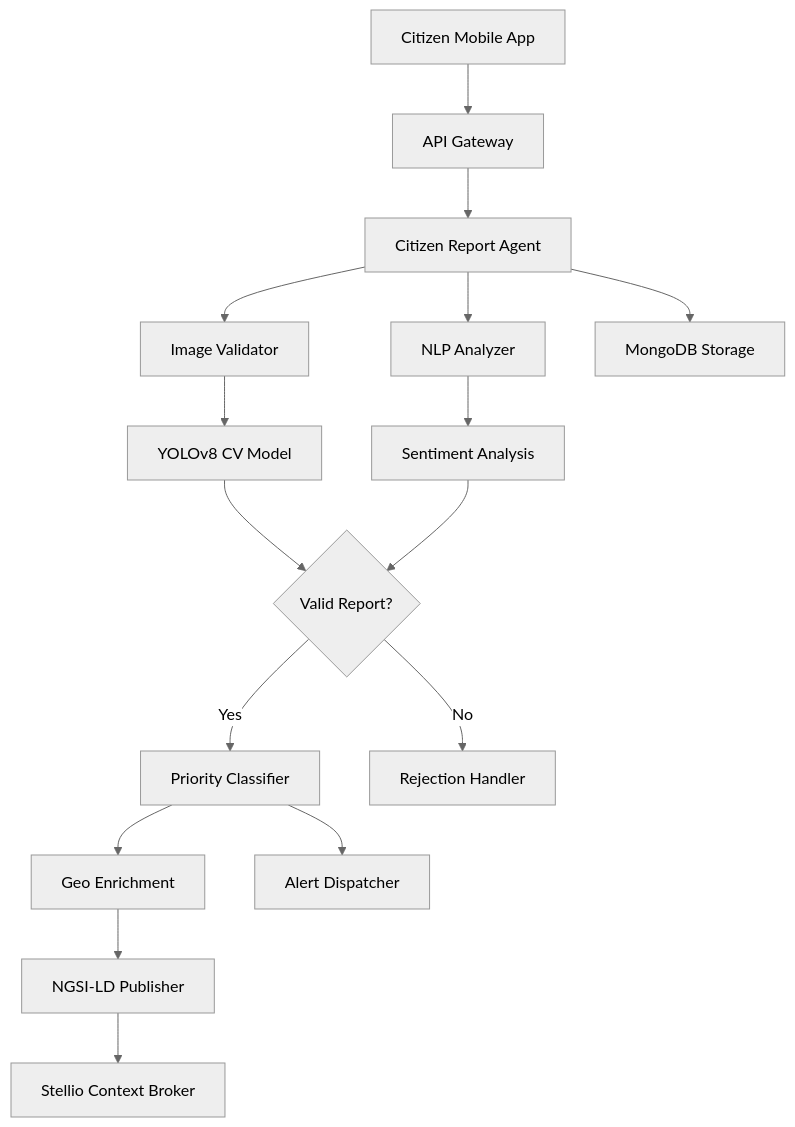
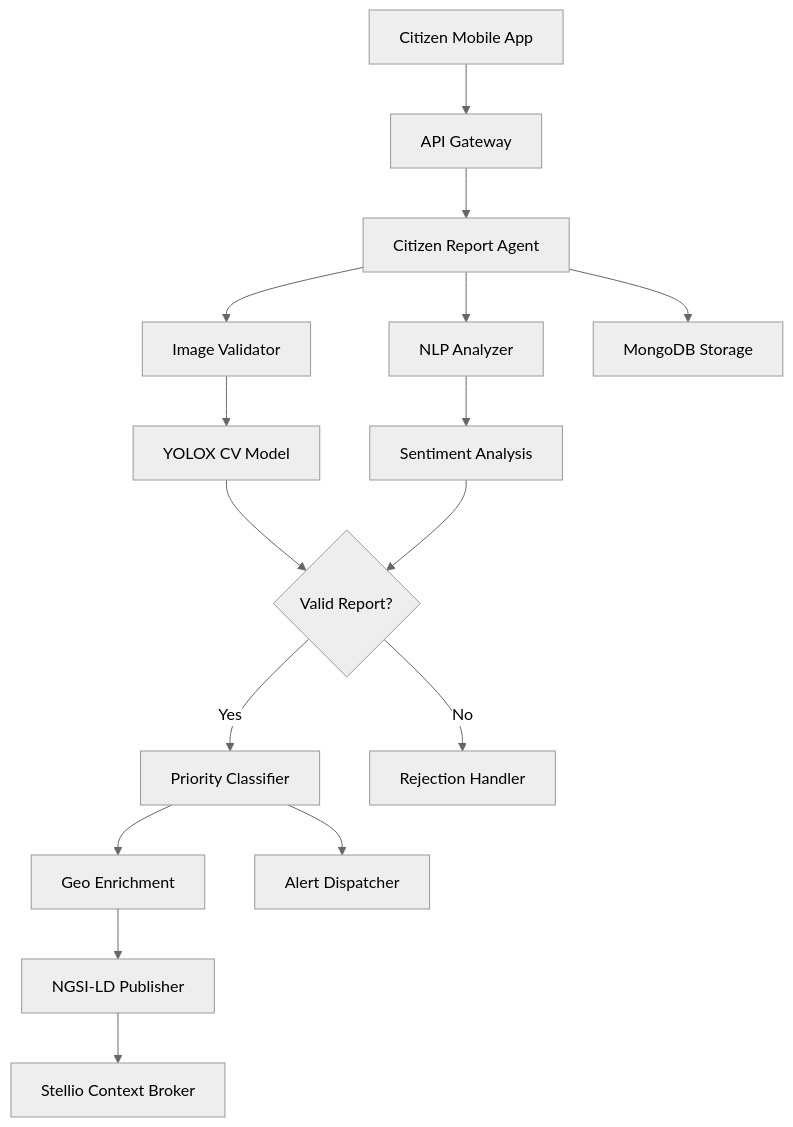
The diagram in apps/traffic-web-app/frontend/docs/docs/agents/analytics/citizen-report.md (NguyenNhatquang522004/UIP-Urban_Intelligence_Platform), drawn with Mermaid (neutral theme) before and after one commit. The commit also changed other lines of this file and 62 other files, not shown here.

````diff
--- a/apps/traffic-web-app/frontend/docs/docs/agents/analytics/citizen-report.md
+++ b/apps/traffic-web-app/frontend/docs/docs/agents/analytics/citizen-report.md
@@ -18,18 +18,18 @@
 ```mermaid
 graph TB
     A[Citizen Mobile App] --> B[API Gateway]
     B --> C[Citizen Report Agent]
     C --> D[Image Validator]
     C --> E[NLP Analyzer]
-    D --> F[YOLOv8 CV Model]
+    D --> F[YOLOX CV Model]
     E --> G[Sentiment Analysis]
     F --> H{Valid Report?}
     G --> H
     H -->|Yes| I[Priority Classifier]
     H -->|No| J[Rejection Handler]
     I --> K[Geo Enrichment]
     K --> L[NGSI-LD Publisher]
     L --> M[Stellio Context Broker]
     I --> N[Alert Dispatcher]
     C --> O[MongoDB Storage]
 ```
````
